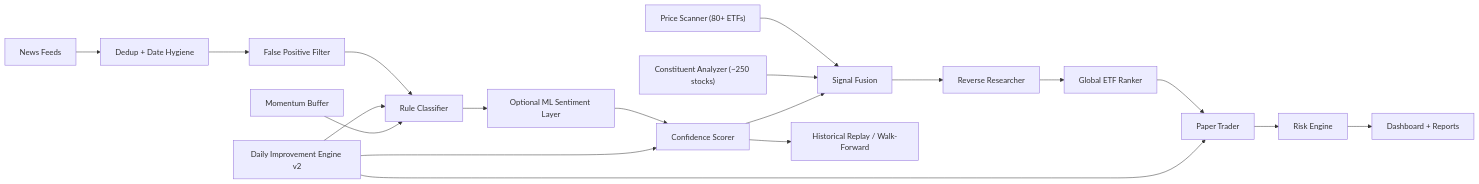
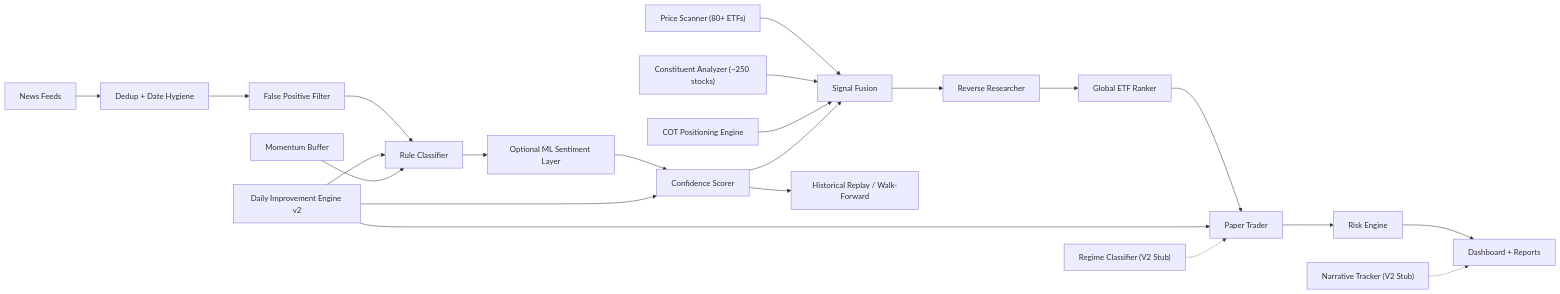
The diagram in README.md (gitdhirajsv/Azalyst-ETF-Intelligence), drawn with Mermaid before and after one commit. The commit also changed other lines of this file and 14 other files, not shown here.

````diff
--- a/README.md
+++ b/README.md
@@ -41,21 +41,24 @@
 ```mermaid
 flowchart LR
     A["News Feeds"] --> B["Dedup + Date Hygiene"]
     B --> FP["False Positive Filter"]
     FP --> C["Rule Classifier"]
     C --> D["Optional ML Sentiment Layer"]
     D --> E["Confidence Scorer"]
     P["Price Scanner (80+ ETFs)"] --> SF["Signal Fusion"]
     CA["Constituent Analyzer (~250 stocks)"] --> SF
+    COT["COT Positioning Engine"] --> SF
     E --> SF
     SF --> RR["Reverse Researcher"]
     RR --> F["Global ETF Ranker"]
     F --> G["Paper Trader"]
     G --> H["Risk Engine"]
     H --> I["Dashboard + Reports"]
     E --> J["Historical Replay / Walk-Forward"]
     K["Daily Improvement Engine v2"] --> C
     K --> E
     K --> G
     MB["Momentum Buffer"] --> C
+    RC["Regime Classifier (V2 Stub)"] -.-> G
+    NT["Narrative Tracker (V2 Stub)"] -.-> I
 ```
````
